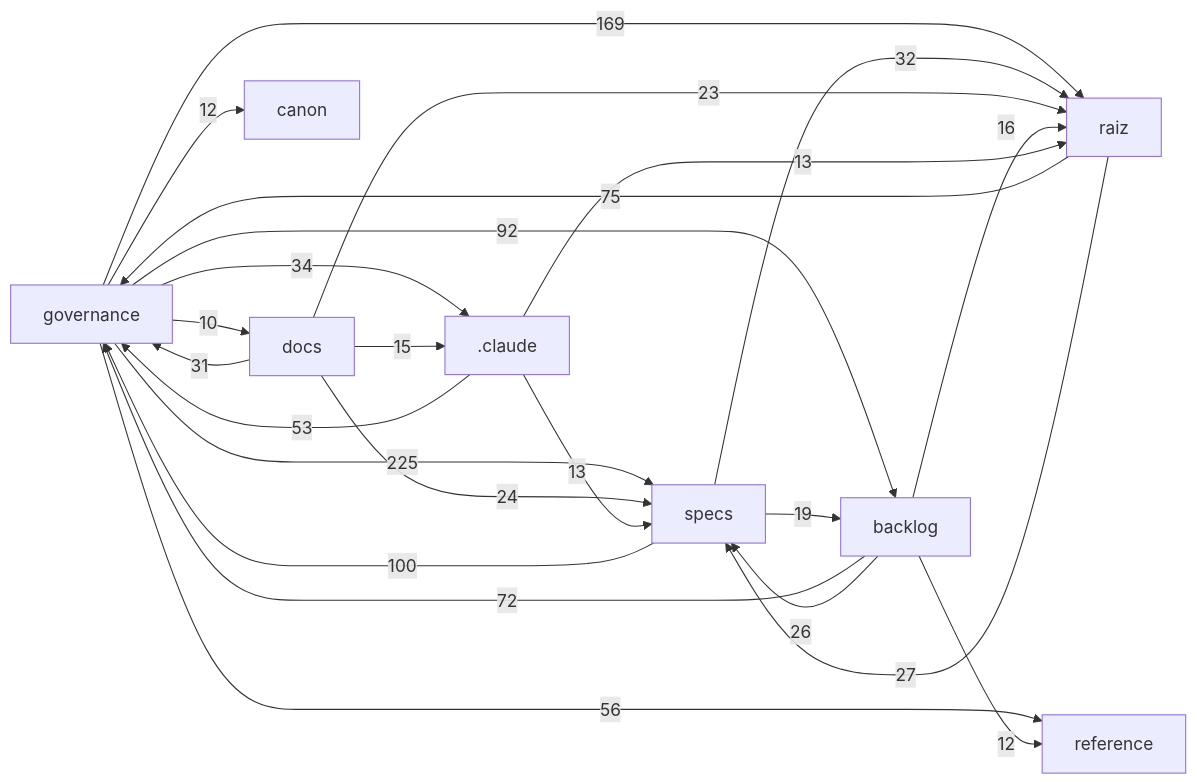
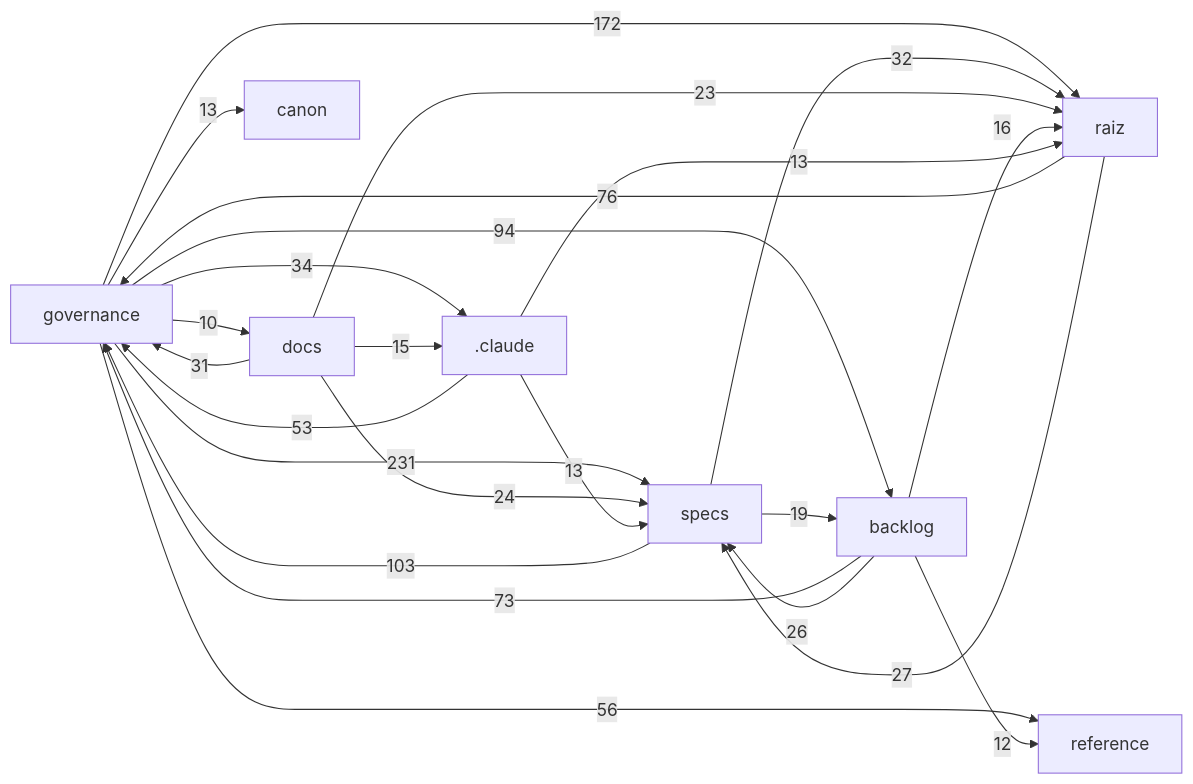
The diagram in docs/mapa/MAPA-PROJETO.md (Andraus35/Sistema-Operacional-de-Trading--SOT), drawn with Mermaid before and after one commit. The commit also changed other lines of this file and 10 other files, not shown here.

````diff
--- a/docs/mapa/MAPA-PROJETO.md
+++ b/docs/mapa/MAPA-PROJETO.md
@@ -29,26 +29,26 @@
 ```mermaid
 flowchart LR
-  governance["governance"] -->|225| specs["specs"]
-  governance["governance"] -->|169| raiz["raiz"]
-  specs["specs"] -->|100| governance["governance"]
-  governance["governance"] -->|92| backlog["backlog"]
-  raiz["raiz"] -->|75| governance["governance"]
-  backlog["backlog"] -->|72| governance["governance"]
+  governance["governance"] -->|231| specs["specs"]
+  governance["governance"] -->|172| raiz["raiz"]
+  specs["specs"] -->|103| governance["governance"]
+  governance["governance"] -->|94| backlog["backlog"]
+  raiz["raiz"] -->|76| governance["governance"]
+  backlog["backlog"] -->|73| governance["governance"]
   governance["governance"] -->|56| reference["reference"]
   _claude[".claude"] -->|53| governance["governance"]
   governance["governance"] -->|34| _claude[".claude"]
   specs["specs"] -->|32| raiz["raiz"]
   docs["docs"] -->|31| governance["governance"]
   raiz["raiz"] -->|27| specs["specs"]
   backlog["backlog"] -->|26| specs["specs"]
   docs["docs"] -->|24| specs["specs"]
   docs["docs"] -->|23| raiz["raiz"]
   specs["specs"] -->|19| backlog["backlog"]
   backlog["backlog"] -->|16| raiz["raiz"]
   docs["docs"] -->|15| _claude[".claude"]
   _claude[".claude"] -->|13| raiz["raiz"]
   _claude[".claude"] -->|13| specs["specs"]
+  governance["governance"] -->|13| canon["canon"]
   backlog["backlog"] -->|12| reference["reference"]
-  governance["governance"] -->|12| canon["canon"]
   governance["governance"] -->|10| docs["docs"]
 ```
````
